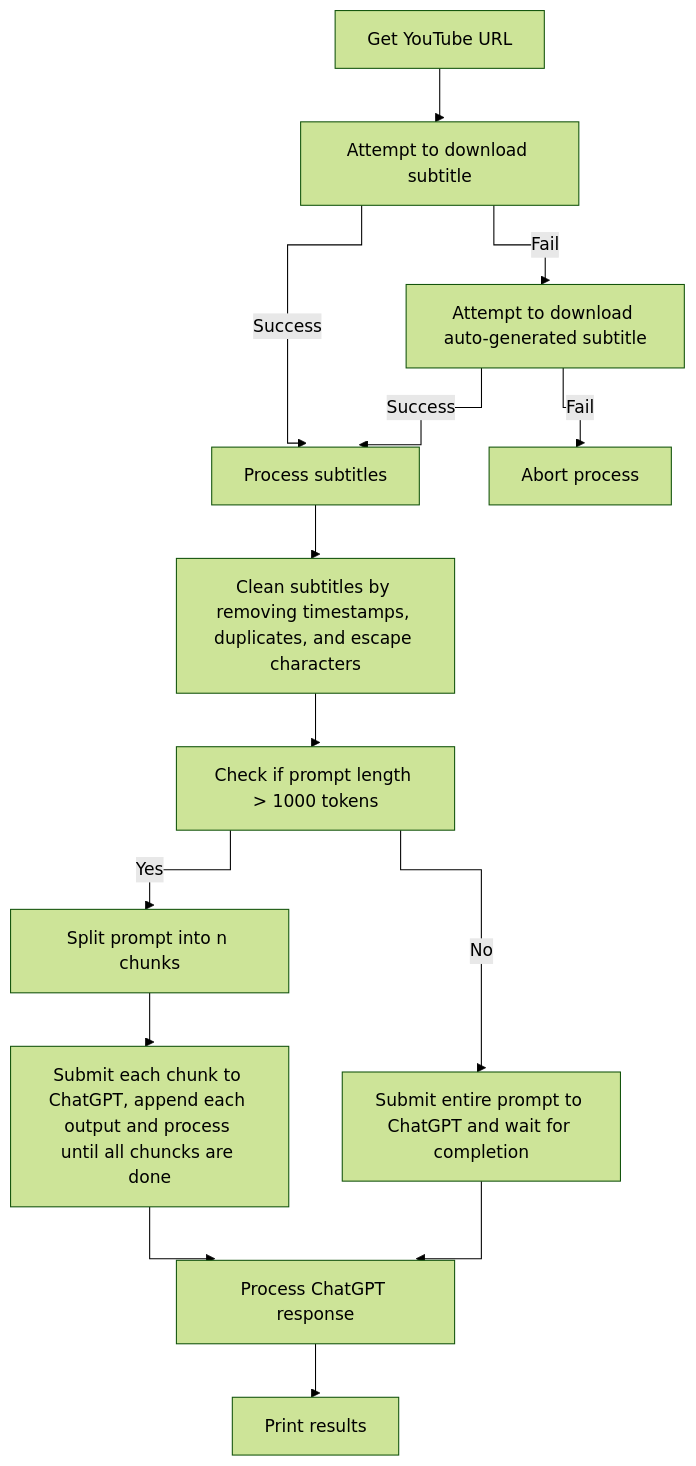
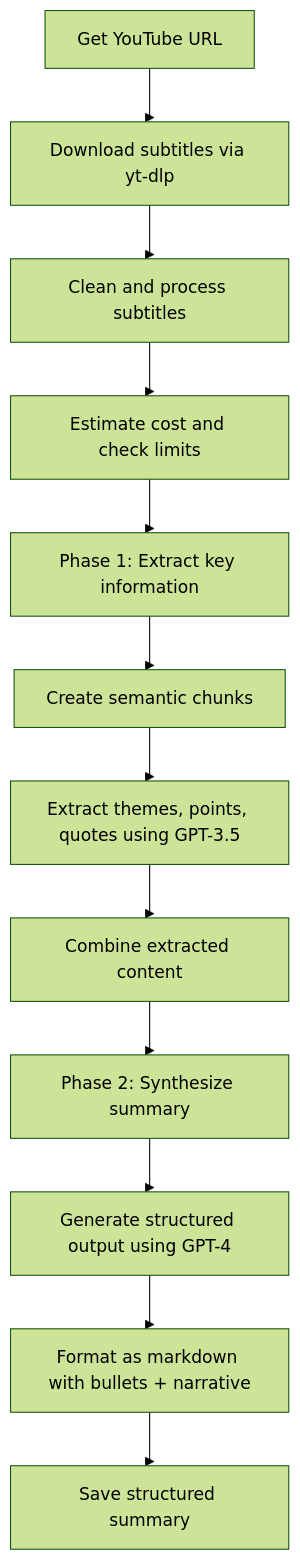
Before and after one commit to fmeyer/tldw: the diagram in README.md, drawn with Mermaid. The commit also changed other lines of this file and 5 other files, not shown here.

````diff
--- a/README.md
+++ b/README.md
@@ -34,17 +42,15 @@
 ```mermaid
 %%{ init : { "theme" : "forest", "flowchart" : { "curve" : "stepBefore" }}}%%
 graph TD
-    A[Get YouTube URL] --> B[Attempt to download subtitle]
-    B -->|Fail| C[Attempt to download auto-generated subtitle]
-    B -->|Success| D[Process subtitles]
-    C -->|Fail| E[Abort process]
-    C -->|Success| D[Process subtitles]
-    D --> F[Clean subtitles by removing timestamps, duplicates, and escape characters]
-    F --> G[Check if prompt length > 1000 tokens]
-    G -->|Yes| H[Split prompt into n chunks]
-    H --> I[Submit each chunk to ChatGPT, append each output and process until all chuncks are done]
-    G -->|No| J[Submit entire prompt to ChatGPT and wait for completion]
-    I --> K[Combine and process ChatGPT responses]
-    J --> K[Process ChatGPT response]
-    K --> L[Print results]
+    A[Get YouTube URL] --> B[Download subtitles via yt-dlp]
+    B --> C[Clean and process subtitles]
+    C --> D[Estimate cost and check limits]
+    D --> E[Phase 1: Extract key information]
+    E --> F[Create semantic chunks]
+    F --> G[Extract themes, points, quotes using GPT-3.5]
+    G --> H[Combine extracted content]
+    H --> I[Phase 2: Synthesize summary]
+    I --> J[Generate structured output using GPT-4]
+    J --> K[Format as markdown with bullets + narrative]
+    K --> L[Save structured summary]
 ```
````
